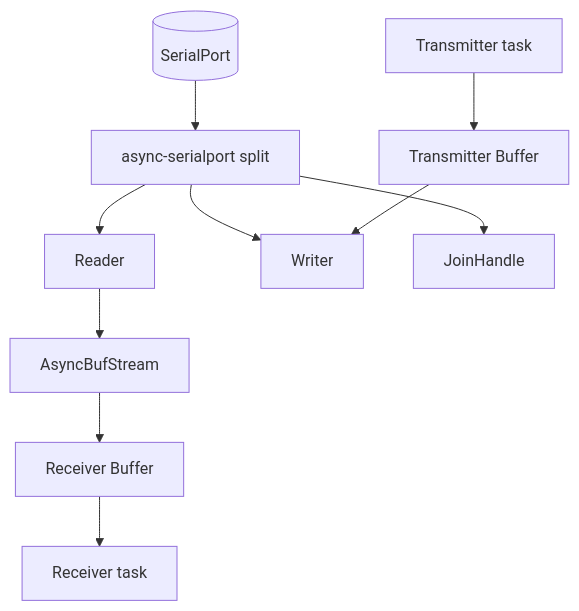
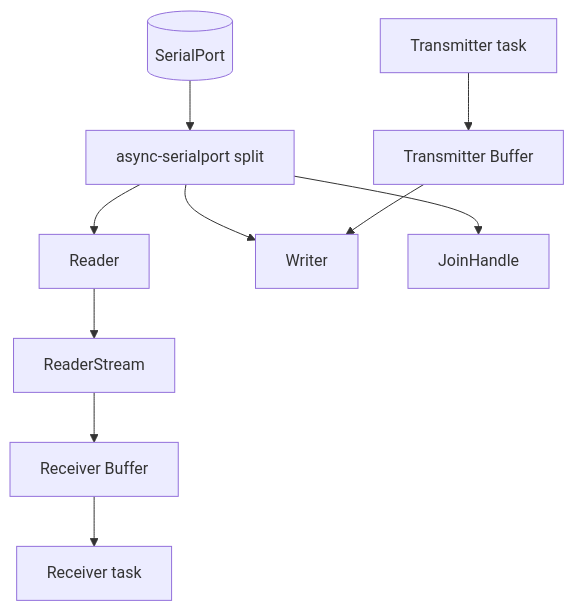
The fourth of 4 diagrams in ARCHITECTURE.md (PaulmannLighting/ashv2), drawn with Mermaid before and after one commit. The commit also changed other lines of this file and 4 other files, not shown here.

Commit message:
Remove AsyncBufStream helper.

````diff
--- a/ARCHITECTURE.md
+++ b/ARCHITECTURE.md
@@ -154,23 +152,23 @@
 ```mermaid
 flowchart TD
     Port[(SerialPort)]
     Split[async-serialport split]
     Reader[Reader]
     Writer[Writer]
     Join[JoinHandle]
-    Bytes[AsyncBufStream]
+    Chunks[ReaderStream]
     RxBuffer[Receiver Buffer]
     TxBuffer[Transmitter Buffer]
     Receiver[Receiver task]
     Transmitter[Transmitter task]
 
     Port --> Split
     Split --> Reader
     Split --> Writer
     Split --> Join
-    Reader --> Bytes
-    Bytes --> RxBuffer
+    Reader --> Chunks
+    Chunks --> RxBuffer
     RxBuffer --> Receiver
     Transmitter --> TxBuffer
     TxBuffer --> Writer
 ```
````
